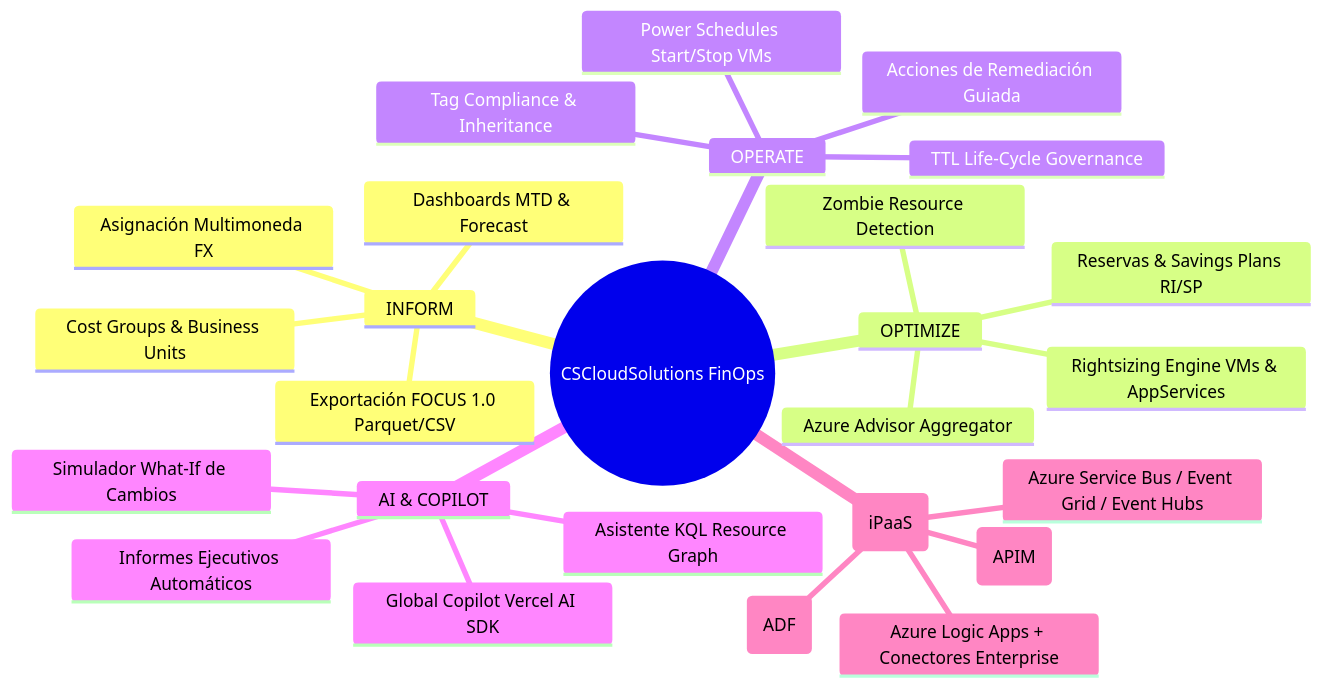
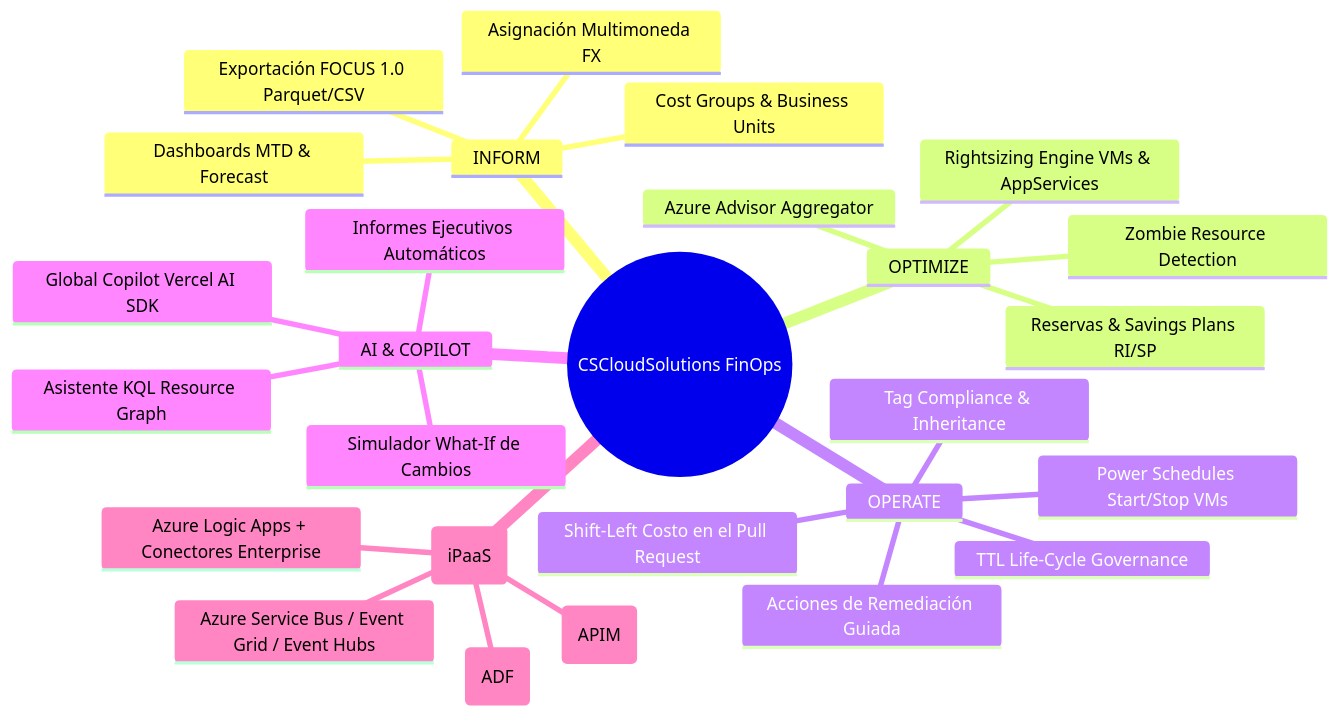
The third of 20 diagrams in docs/hld/00-hld-completo.md (manny864/finops), drawn with Mermaid before and after one commit. The commit also changed other lines of this file and 39 other files, not shown here.

````diff
--- a/docs/hld/00-hld-completo.md
+++ b/docs/hld/00-hld-completo.md
@@ -159,29 +159,30 @@
 ```mermaid
 mindmap
   root((CSCloudSolutions FinOps))
     INFORM
       Dashboards MTD & Forecast
       Cost Groups & Business Units
       Asignación Multimoneda FX
       Exportación FOCUS 1.0 Parquet/CSV
     OPTIMIZE
       Zombie Resource Detection
       Rightsizing Engine VMs & AppServices
       Azure Advisor Aggregator
       Reservas & Savings Plans RI/SP
     OPERATE
       Power Schedules Start/Stop VMs
       Tag Compliance & Inheritance
       TTL Life-Cycle Governance
       Acciones de Remediación Guiada
+      Shift-Left Costo en el Pull Request
     AI & COPILOT
       Global Copilot Vercel AI SDK
       Informes Ejecutivos Automáticos
       Simulador What-If de Cambios
       Asistente KQL Resource Graph
     INTEGRATION SERVICES (iPaaS)
       Azure Logic Apps + Conectores Enterprise
       Azure API Management (APIM)
       Azure Service Bus / Event Grid / Event Hubs
       Azure Data Factory (ADF)
 ```
````
